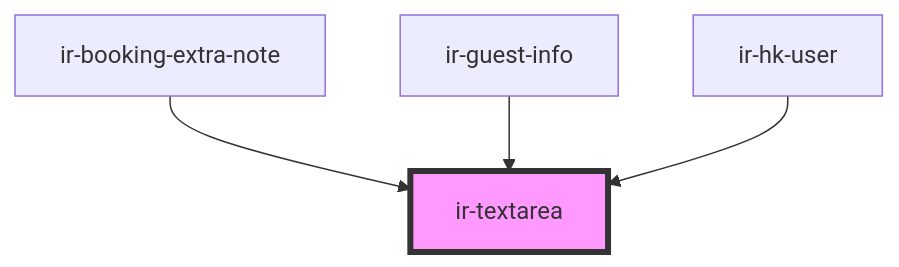
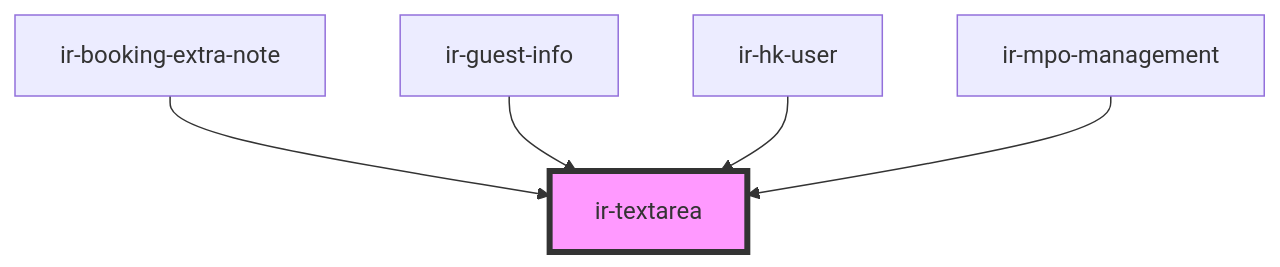
Before and after one commit to David1Chowaifaty/modified-ir-webcmp: the diagram in src/components/ui/ir-textarea/readme.md, drawn with Mermaid. The commit also changed other lines of this file and 36 other files, not shown here.

First line of the commit message:
Add IrImageUpload and IrMpoManagement components with associated styles and functionality

````diff
--- a/src/components/ui/ir-textarea/readme.md
+++ b/src/components/ui/ir-textarea/readme.md
@@ -42,7 +43,8 @@
 ```mermaid
 graph TD;
   ir-booking-extra-note --> ir-textarea
   ir-guest-info --> ir-textarea
   ir-hk-user --> ir-textarea
+  ir-mpo-management --> ir-textarea
   style ir-textarea fill:#f9f,stroke:#333,stroke-width:4px
 ```
````
